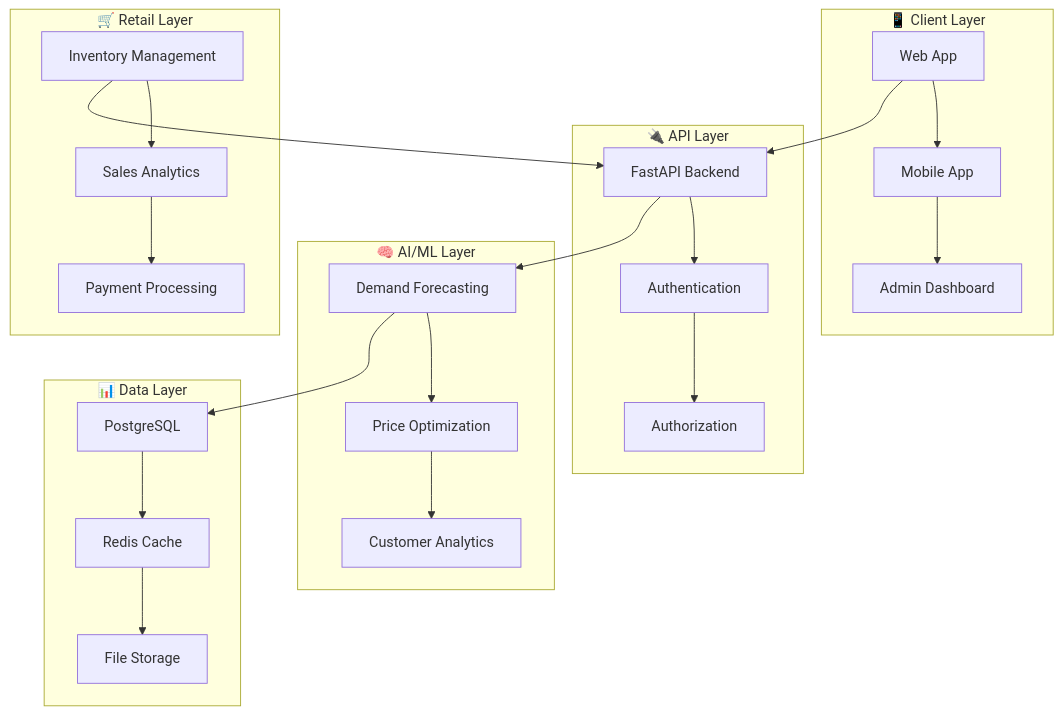
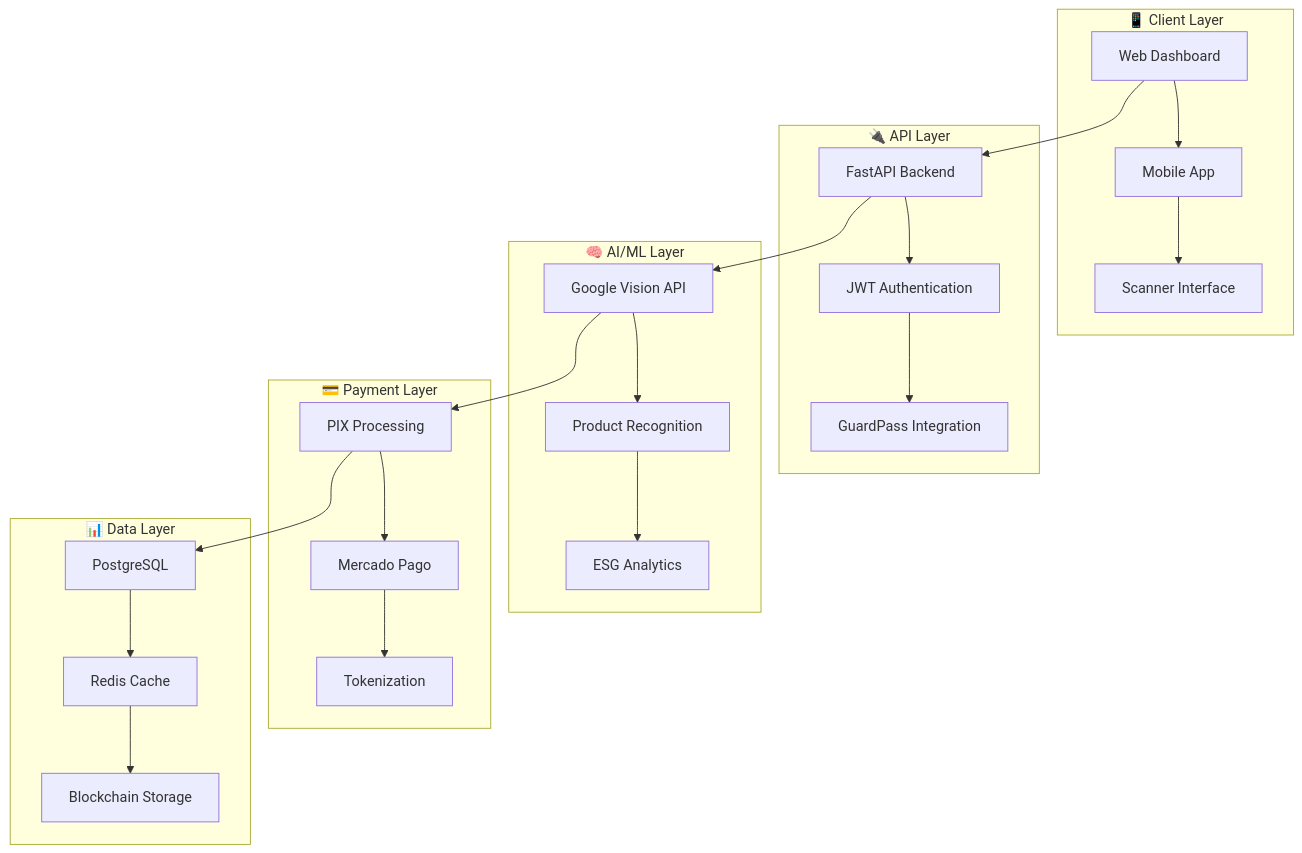
The diagram in README.md (guardflow-core/guardflow), drawn with Mermaid before and after one commit. The commit also changed other lines of this file, not shown here.

First line of the commit message:
📱 Update GuardFlow README with accurate system analysis

````diff
--- a/README.md
+++ b/README.md
@@ -34,32 +36,32 @@
 ```mermaid
 graph TB
     subgraph "📱 Client Layer"
-        A[Web App] --> B[Mobile App]
-        B --> C[Admin Dashboard]
+        A[Web Dashboard] --> B[Mobile App]
+        B --> C[Scanner Interface]
     end
     
     subgraph "🔌 API Layer"
-        D[FastAPI Backend] --> E[Authentication]
-        E --> F[Authorization]
+        D[FastAPI Backend] --> E[JWT Authentication]
+        E --> F[GuardPass Integration]
     end
     
     subgraph "🧠 AI/ML Layer"
-        G[Demand Forecasting] --> H[Price Optimization]
-        H --> I[Customer Analytics]
+        G[Google Vision API] --> H[Product Recognition]
+        H --> I[ESG Analytics]
+    end
+    
+    subgraph "💳 Payment Layer"
+        J[PIX Processing] --> K[Mercado Pago]
+        K --> L[Tokenization]
     end
     
     subgraph "📊 Data Layer"
-        J[PostgreSQL] --> K[Redis Cache]
-        K --> L[File Storage]
-    end
-    
-    subgraph "🛒 Retail Layer"
-        M[Inventory Management] --> N[Sales Analytics]
-        N --> O[Payment Processing]
+        M[PostgreSQL] --> N[Redis Cache]
+        N --> O[Blockchain Storage]
     end
     
     A --> D
     D --> G
     G --> J
-    M --> D
+    J --> M
 ```
````
